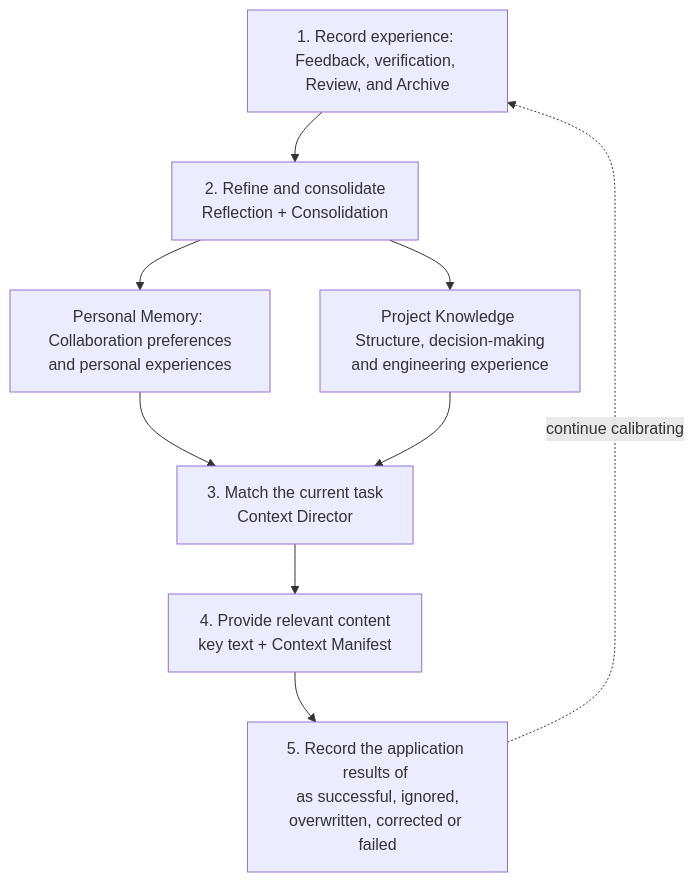
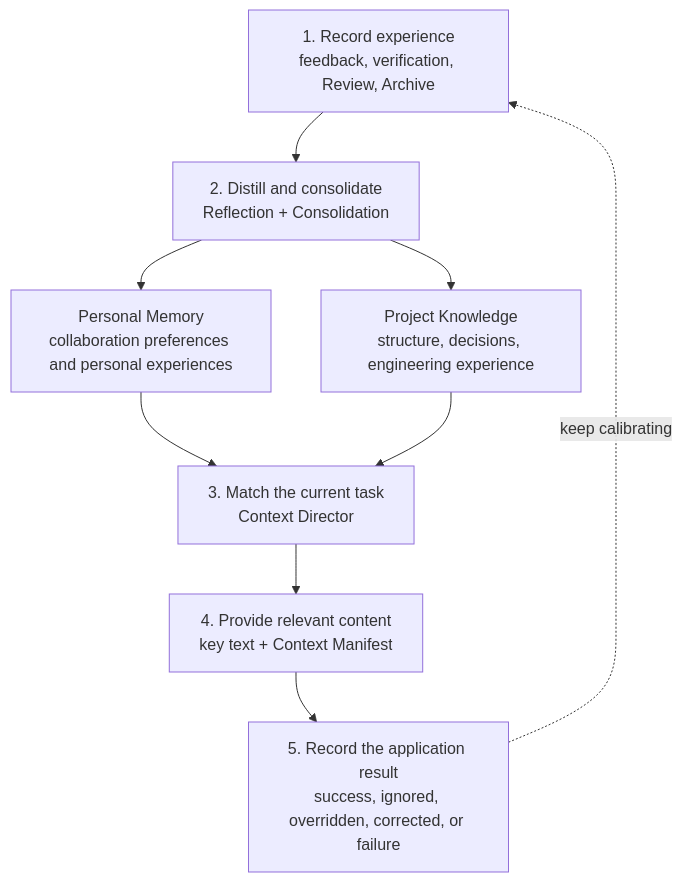
Before and after one commit to rpamis/comet-website-docs: the diagram in en/plugins/agent-learning-loop.mdx, drawn with Mermaid. The commit also changed other lines of this file and 30 other files, not shown here.

````diff
--- a/en/plugins/agent-learning-loop.mdx
+++ b/en/plugins/agent-learning-loop.mdx
@@ -67,11 +65,11 @@
 ```mermaid
 flowchart TD
-  E["1. Record experience: Feedback, verification, Review, and Archive"] --> R["2. Refine and consolidate <br/>Reflection + Consolidation"]
-  R --> M["Personal Memory: <br/> Collaboration preferences and personal experiences"]
-  R --> K["Project Knowledge <br/> Structure, decision-making and engineering experience"]
-  M --> D["3. Match the current task <br/>Context Director"]
+  E["1. Record experience<br/>feedback, verification, Review, Archive"] --> R["2. Distill and consolidate<br/>Reflection + Consolidation"]
+  R --> M["Personal Memory<br/>collaboration preferences and personal experiences"]
+  R --> K["Project Knowledge<br/>structure, decisions, engineering experience"]
+  M --> D["3. Match the current task<br/>Context Director"]
   K --> D
-  D --> A["4. Provide relevant content <br/> key text + Context Manifest"]
-  A --> F["5. Record the application results of <br/> as successful, ignored, overwritten, corrected or failed"]
-  F -. continue calibrating .-> E
+  D --> A["4. Provide relevant content<br/>key text + Context Manifest"]
+  A --> F["5. Record the application result<br/>success, ignored, overridden, corrected, or failure"]
+  F -. keep calibrating .-> E
 ```
````
